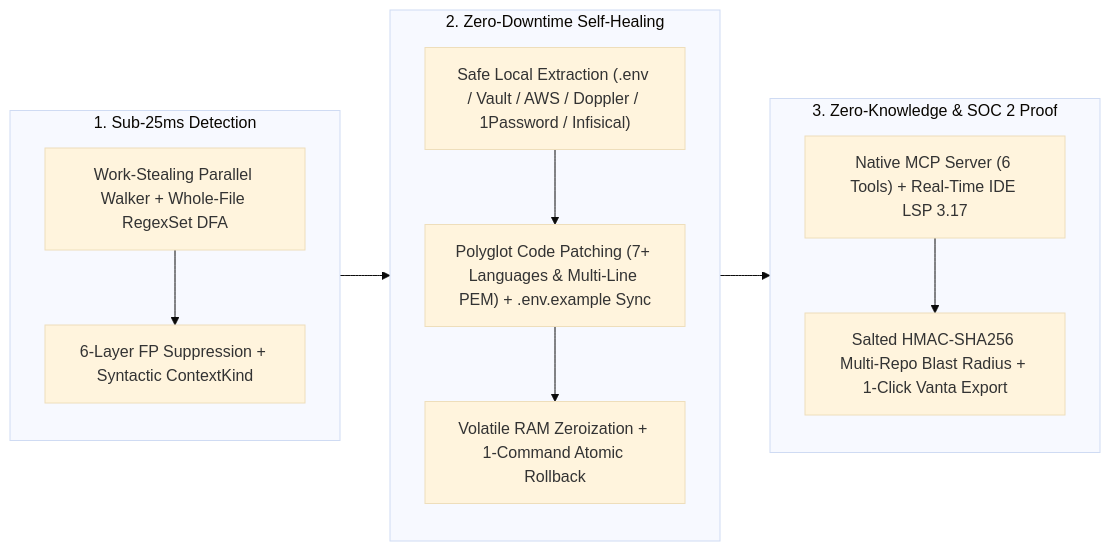
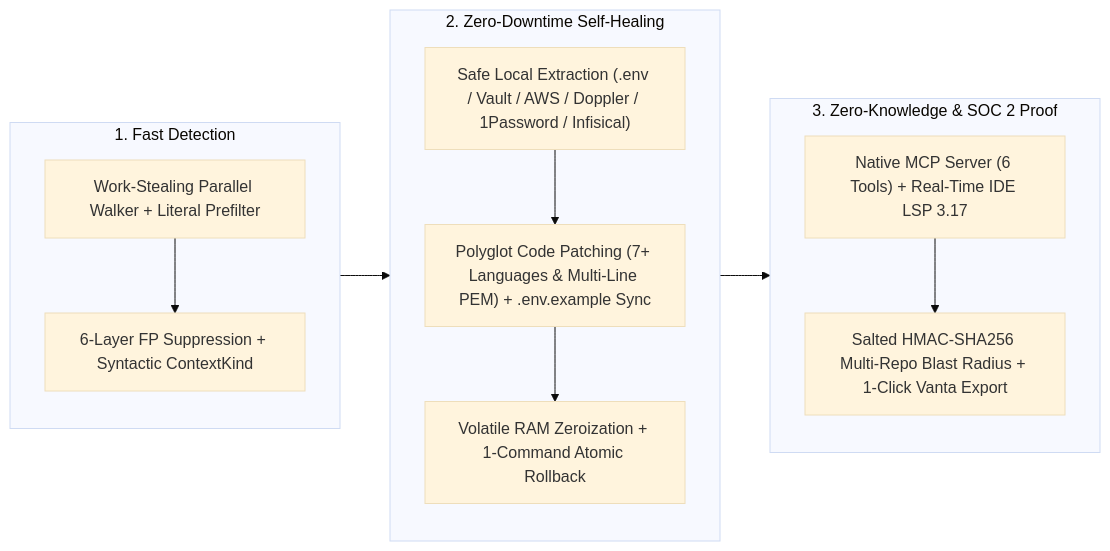
One commit to Bharath-code/sentris changed the diagram in README.md. Above: the diagram before and after it, drawn with Mermaid (base theme). The commit also changed other lines of this file and 19 other files, not shown here.

First line of the commit message:
perf(detector): Aho-Corasick literal prefilter replaces RegexSet; reproducible bench/

````diff
--- a/README.md
+++ b/README.md
@@ -53,23 +53,23 @@
 ```mermaid
 flowchart LR
-    subgraph Detect["1. Sub-25ms Detection"]
-        A["Work-Stealing Parallel Walker + Whole-File RegexSet DFA"]
+    subgraph Detect["1. Fast Detection"]
+        A["Work-Stealing Parallel Walker + Literal Prefilter"]
         B["6-Layer FP Suppression + Syntactic ContextKind"]
         A --> B
     end
 
     subgraph Remediate["2. Zero-Downtime Self-Healing"]
         C["Safe Local Extraction (.env / Vault / AWS / Doppler / 1Password / Infisical)"]
         D["Polyglot Code Patching (7+ Languages & Multi-Line PEM) + .env.example Sync"]
         E["Volatile RAM Zeroization + 1-Command Atomic Rollback"]
         C --> D --> E
     end
 
     subgraph Govern["3. Zero-Knowledge & SOC 2 Proof"]
         F["Native MCP Server (6 Tools) + Real-Time IDE LSP 3.17"]
         G["Salted HMAC-SHA256 Multi-Repo Blast Radius + 1-Click Vanta Export"]
         F --> G
     end
 
     Detect --> Remediate --> Govern
 ```
````
